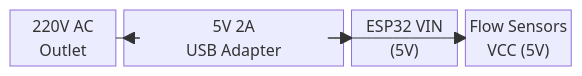
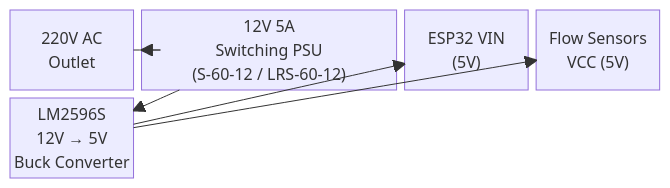
One commit to qppd/water-meter changed the second of 3 diagrams in docs/block-diagram.md. Above: the diagram before and after it, drawn with Mermaid. The commit also changed other lines of this file and 1 other file, not shown here.

Commit message:
docs: update power supply to 220V→12V 5A + LM2596S buck converter (12V→5V)
- bom.md: Added 12V 5A switching PSU (S-60-12/LRS-60-12) and LM2596S buck converter with Shopee links
- block-diagram.md: Updated power distribution diagram showing 220V→12V PSU → LM2596S buck → 5V for ESP32/sensors
- Updated enclosure layout to include buck converter
- Added pinout reference with flow sensor GPIOs

````diff
--- a/docs/block-diagram.md
+++ b/docs/block-diagram.md
@@ -129,16 +129,19 @@
 ```mermaid
 block-beta
     columns 5
     
     AC["220V AC<br/>Outlet"]:1
     
-    PSU["5V 2A<br/>USB Adapter"]:2
+    PSU12["12V 5A<br/>Switching PSU<br/>(S-60-12 / LRS-60-12)"]:2
     
     ESPV["ESP32 VIN<br/>(5V)"]:1
     
     SensorV["Flow Sensors<br/>VCC (5V)"]:1
     
-    AC --> PSU
-    PSU --> ESPV
-    PSU --> SensorV
+    Buck["LM2596S<br/>12V → 5V<br/>Buck Converter"]:1
+    
+    AC --> PSU12
+    PSU12 --> Buck
+    Buck --> ESPV
+    Buck --> SensorV
 ```
````
